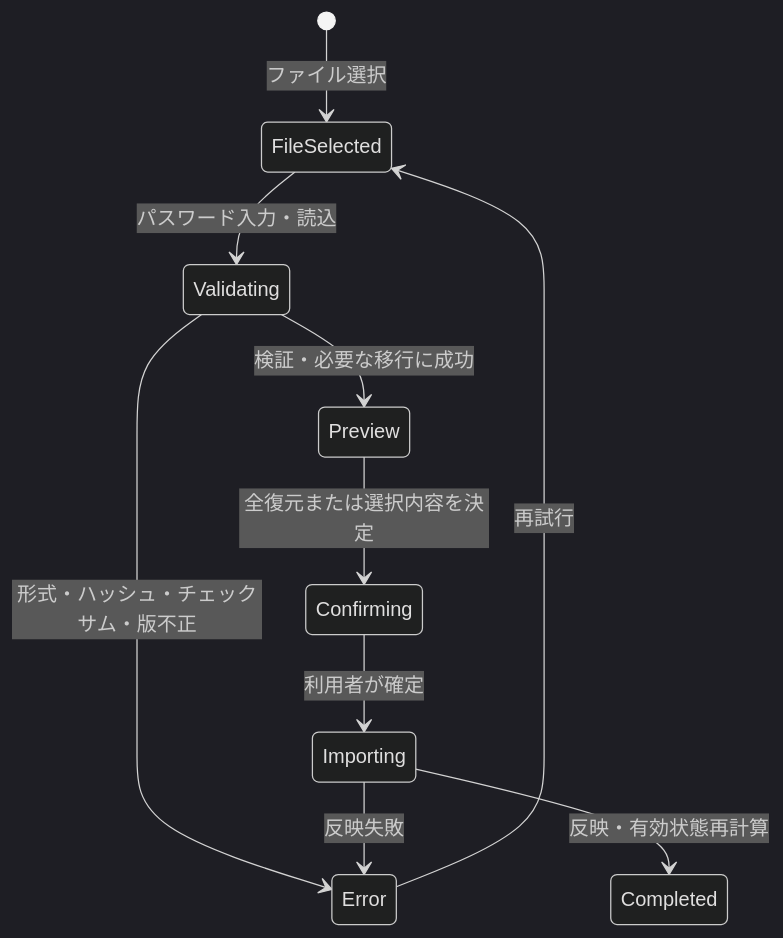
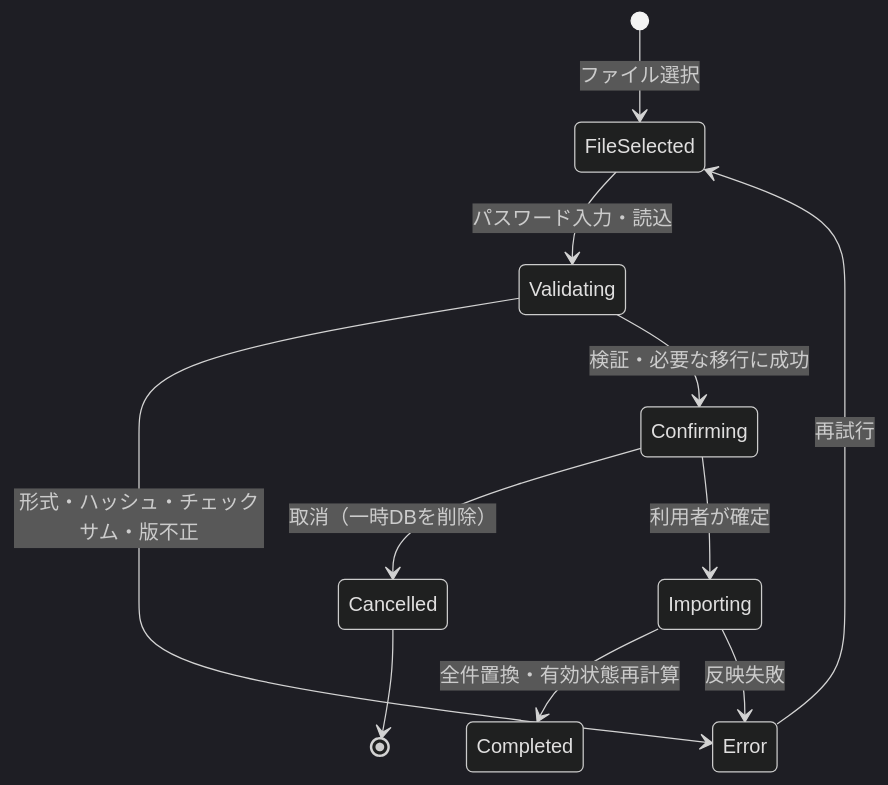
Before and after one commit to sikakou54/cliptap: the fourth of 5 diagrams in docs/機能仕様書.md, drawn with Mermaid (dark theme). The commit also changed other lines of this file and 92 other files, not shown here.

````diff
--- a/docs/機能仕様書.md
+++ b/docs/機能仕様書.md
@@ -1524,12 +1504,13 @@
 ```mermaid
 stateDiagram-v2
     [*] --> FileSelected: ファイル選択
     FileSelected --> Validating: パスワード入力・読込
     Validating --> Error: 形式・ハッシュ・チェックサム・版不正
-    Validating --> Preview: 検証・必要な移行に成功
-    Preview --> Confirming: 全復元または選択内容を決定
+    Validating --> Confirming: 検証・必要な移行に成功
+    Confirming --> Cancelled: 取消（一時DBを削除）
     Confirming --> Importing: 利用者が確定
-    Importing --> Completed: 反映・有効状態再計算
+    Importing --> Completed: 全件置換・有効状態再計算
     Importing --> Error: 反映失敗
     Error --> FileSelected: 再試行
+    Cancelled --> [*]
 ```
````
